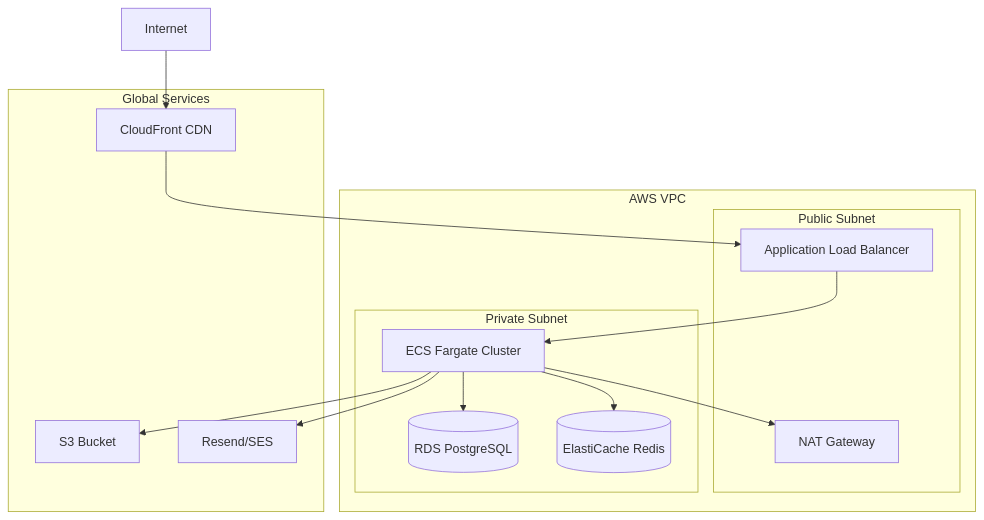
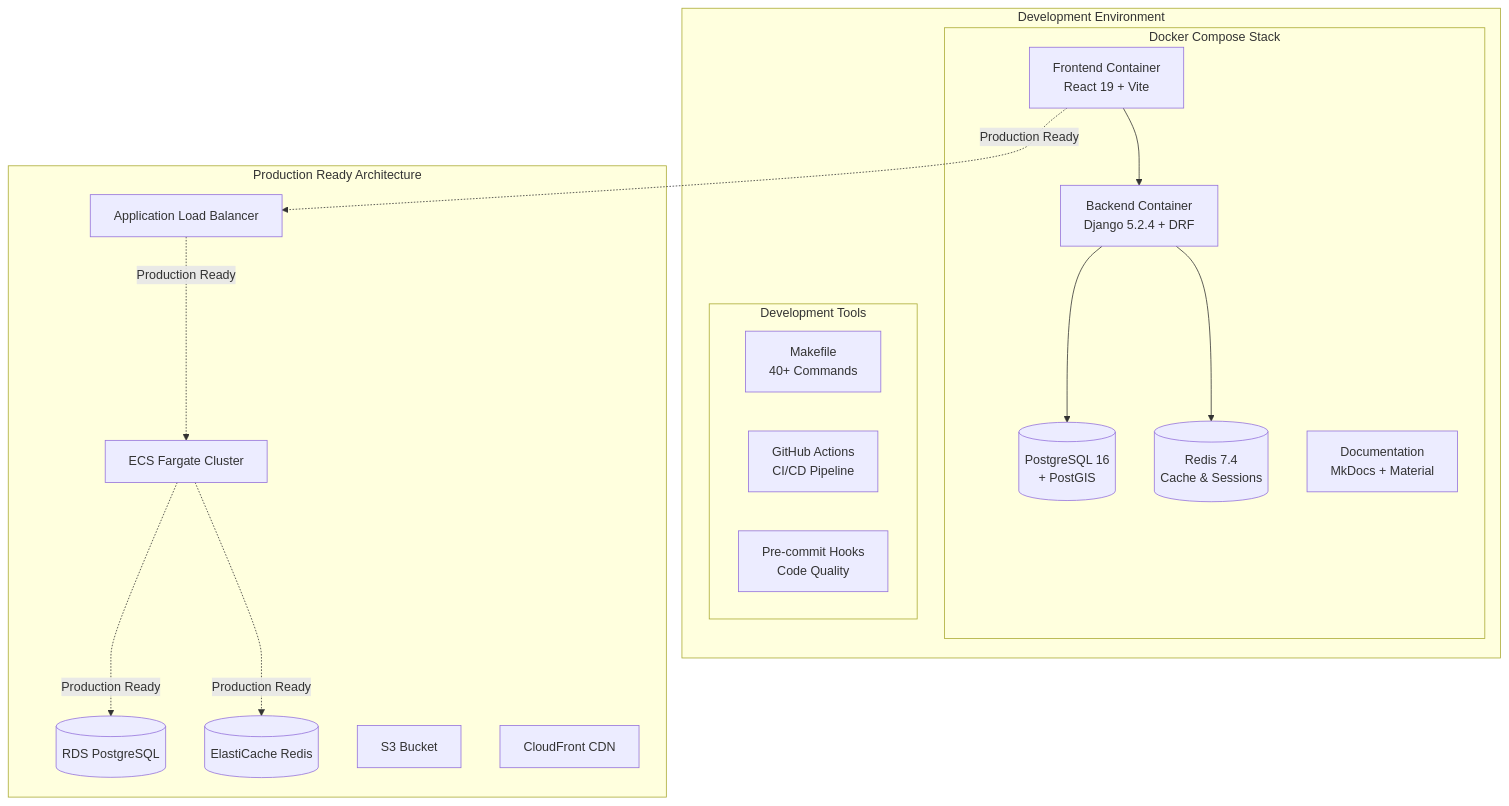
Before and after one commit to bartczak-pa/safe-job: the third of 3 diagrams in docs/architecture/architecture.md, drawn with Mermaid. The commit also changed other lines of this file and 52 other files, not shown here.

First line of the commit message:
Add frontend service and update development environment

````diff
--- a/docs/architecture/architecture.md
+++ b/docs/architecture/architecture.md
@@ -569,30 +571,35 @@
 ```mermaid
 graph TD
-    subgraph "AWS VPC"
-        subgraph "Public Subnet"
-            ALB[Application Load Balancer]
-            NAT[NAT Gateway]
+    subgraph "Development Environment"
+        subgraph "Docker Compose Stack"
+            FE[Frontend Container<br/>React 19 + Vite]
+            BE[Backend Container<br/>Django 5.2.4 + DRF]
+            DB[(PostgreSQL 16<br/>+ PostGIS)]
+            REDIS[(Redis 7.4<br/>Cache & Sessions)]
+            DOCS[Documentation<br/>MkDocs + Material]
         end
 
-        subgraph "Private Subnet"
-            ECS[ECS Fargate Cluster]
-            RDS[(RDS PostgreSQL)]
-            REDIS[(ElastiCache Redis)]
+        subgraph "Development Tools"
+            MAKE[Makefile<br/>40+ Commands]
+            CI[GitHub Actions<br/>CI/CD Pipeline]
+            PRE[Pre-commit Hooks<br/>Code Quality]
         end
     end
 
-    subgraph "Global Services"
+    subgraph "Production Ready Architecture"
+        ALB[Application Load Balancer]
+        ECS[ECS Fargate Cluster]
+        RDS[(RDS PostgreSQL)]
+        ELASTICACHE[(ElastiCache Redis)]
+        S3[S3 Bucket]
         CF[CloudFront CDN]
-        S3[S3 Bucket]
-        SES[Resend/SES]
     end
 
-    Internet --> CF
-    CF --> ALB
-    ALB --> ECS
-    ECS --> RDS
-    ECS --> REDIS
-    ECS --> S3
-    ECS --> SES
-    ECS --> NAT
+    FE --> BE
+    BE --> DB
+    BE --> REDIS
+    FE -.->|Production Ready| ALB
+    ALB -.->|Production Ready| ECS
+    ECS -.->|Production Ready| RDS
+    ECS -.->|Production Ready| ELASTICACHE
 ```
````
